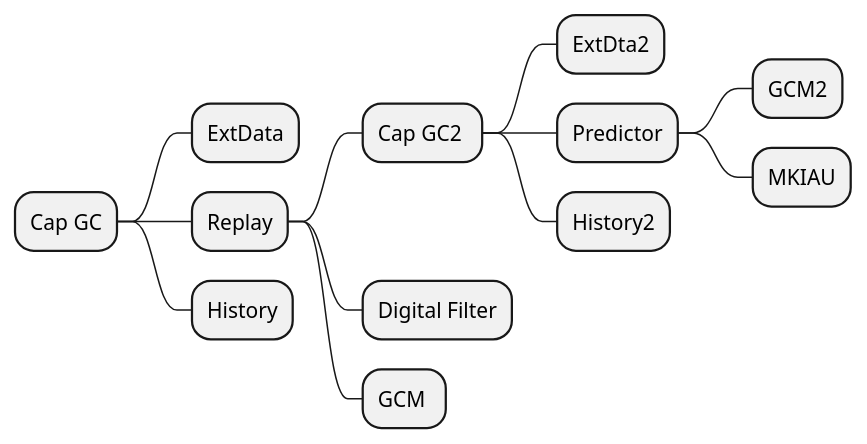
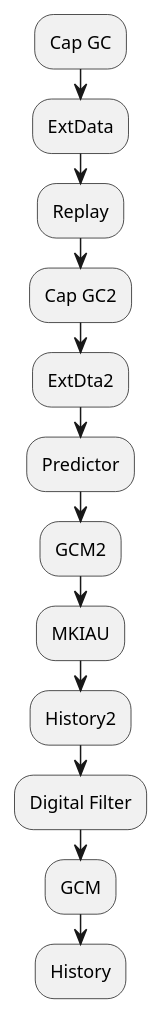
Before and after one commit to JulesKouatchou/sample_flowcharts: the diagram in sample.iuml, drawn with PlantUML.

```diff
--- a/sample.iuml
+++ b/sample.iuml
@@ -1,14 +1,14 @@
-@startmindmap
-* Cap GC
-    * ExtData
-    * Replay
-        * Cap GC2 
-            * ExtDta2
-            * Predictor
-                * GCM2
-                * MKIAU
-            * History2
-        * Digital Filter
-        * GCM 
-    * History
-@endmindmap
+@startuml  
+:Cap GC;   
+    :ExtData;    
+    :Replay;     
+        :Cap GC2;
+            :ExtDta2;  
+            :Predictor;
+                :GCM2; 
+                :MKIAU;
+            :History2; 
+        :Digital Filter;
+        :GCM;    
+    :History;    
+@enduml
```
